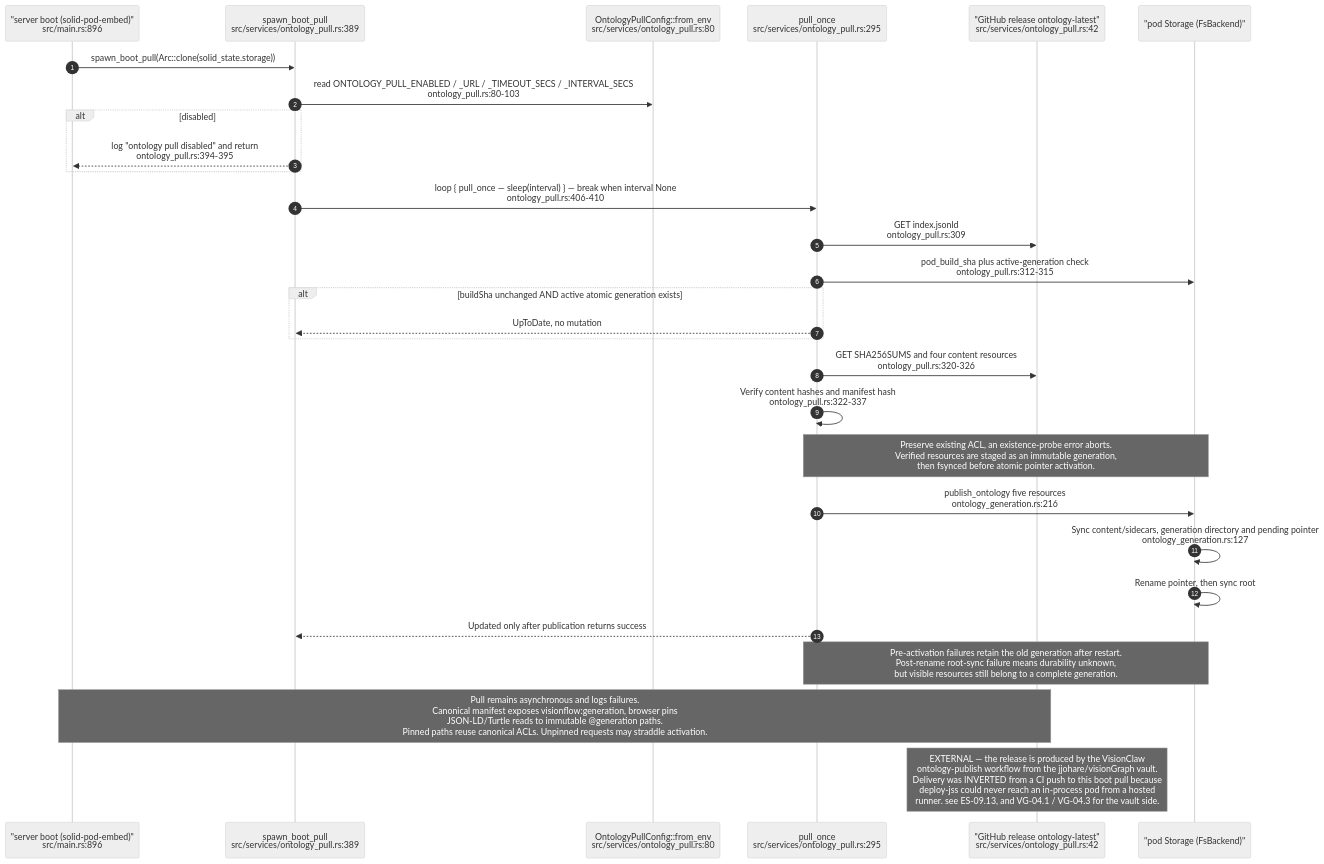
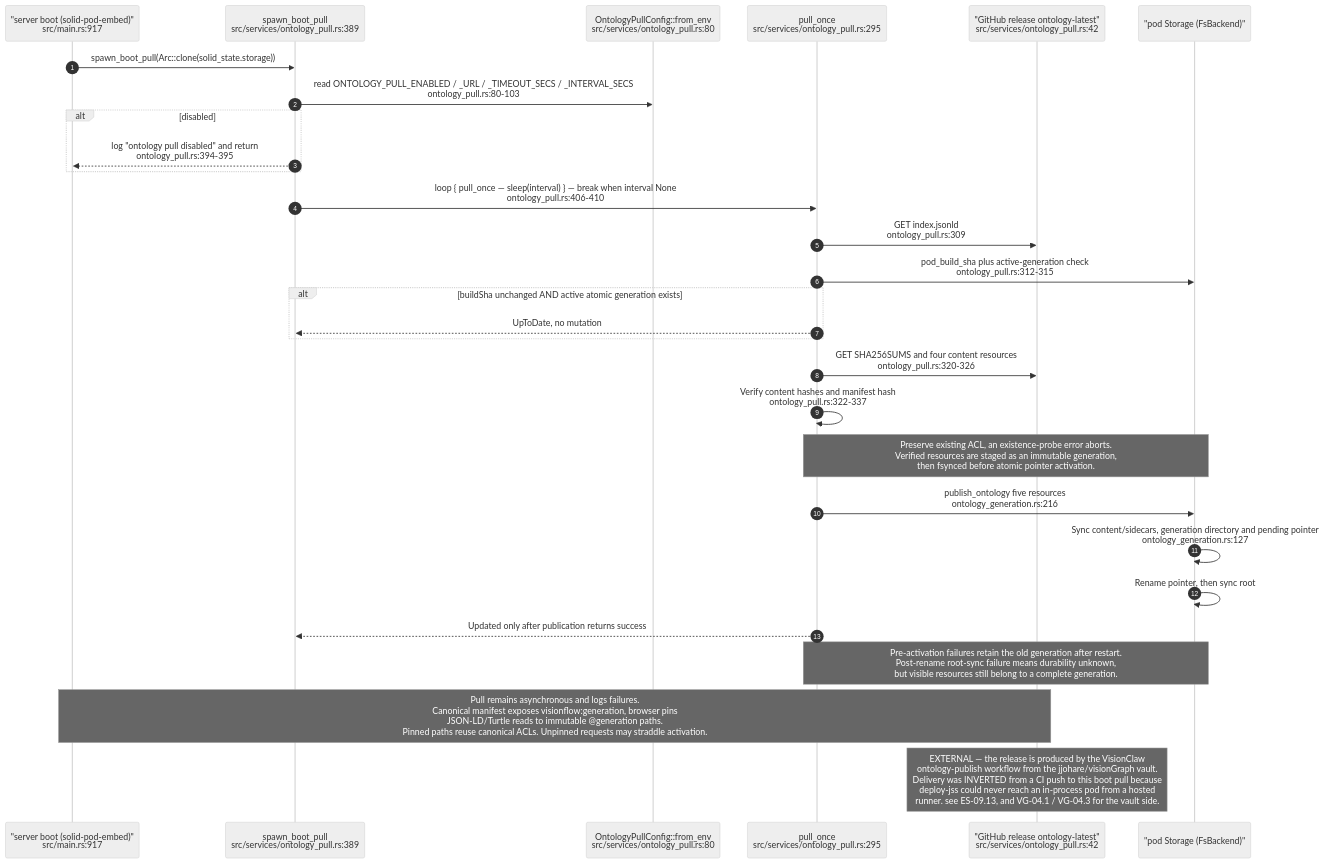
Diagram 11 of 13 in docs/diagrams/estate/08-solid-pod-estate.md (DreamLab-AI/VisionFlow), drawn with Mermaid (neutral theme) before and after one commit. The commit also changed other lines of this file and 160 other files, not shown here.

````diff
--- a/docs/diagrams/estate/08-solid-pod-estate.md
+++ b/docs/diagrams/estate/08-solid-pod-estate.md
@@ -453,32 +457,32 @@
 ```mermaid
 sequenceDiagram
     autonumber
-    participant M as "server boot (solid-pod-embed)"<br/>src/main.rs:896
+    participant M as "server boot (solid-pod-embed)"<br/>src/main.rs:917
     participant SP as spawn_boot_pull<br/>src/services/ontology_pull.rs:389
     participant CFG as OntologyPullConfig::from_env<br/>src/services/ontology_pull.rs:80
     participant P1 as pull_once<br/>src/services/ontology_pull.rs:295
     participant REL as "GitHub release ontology-latest"<br/>src/services/ontology_pull.rs:42
     participant ST as "pod Storage (FsBackend)"
 
     M->>SP: spawn_boot_pull(Arc::clone(solid_state.storage))
     SP->>CFG: read ONTOLOGY_PULL_ENABLED / _URL / _TIMEOUT_SECS / _INTERVAL_SECS<br/>ontology_pull.rs:80-103
     alt disabled
         SP-->>M: log "ontology pull disabled" and return<br/>ontology_pull.rs:394-395
     end
     SP->>P1: loop { pull_once — sleep(interval) } — break when interval None<br/>ontology_pull.rs:406-410
     P1->>REL: GET index.jsonld<br/>ontology_pull.rs:309
     P1->>ST: pod_build_sha plus active-generation check<br/>ontology_pull.rs:312-315
     alt buildSha unchanged AND active atomic generation exists
         P1-->>SP: UpToDate, no mutation
     end
     P1->>REL: GET SHA256SUMS and four content resources<br/>ontology_pull.rs:320-326
     P1->>P1: Verify content hashes and manifest hash<br/>ontology_pull.rs:322-337
     Note over P1,ST: Preserve existing ACL, an existence-probe error aborts.<br/>Verified resources are staged as an immutable generation,<br/>then fsynced before atomic pointer activation.
     P1->>ST: publish_ontology five resources<br/>ontology_generation.rs:216
     ST->>ST: Sync content/sidecars, generation directory and pending pointer<br/>ontology_generation.rs:127
     ST->>ST: Rename pointer, then sync root
     P1-->>SP: Updated only after publication returns success
     Note over P1,ST: Pre-activation failures retain the old generation after restart.<br/>Post-rename root-sync failure means durability unknown,<br/>but visible resources still belong to a complete generation.
     Note over M,REL: Pull remains asynchronous and logs failures.<br/>Canonical manifest exposes visionflow:generation, browser pins<br/>JSON-LD/Turtle reads to immutable @generation paths.<br/>Pinned paths reuse canonical ACLs. Unpinned requests may straddle activation.
     Note over REL: EXTERNAL — the release is produced by the VisionClaw<br/>ontology-publish workflow from the jjohare/visionGraph vault.<br/>Delivery was INVERTED from a CI push to this boot pull because<br/>deploy-jss could never reach an in-process pod from a hosted<br/>runner. see ES-09.13, and VG-04.1 / VG-04.3 for the vault side.
 ```
````
